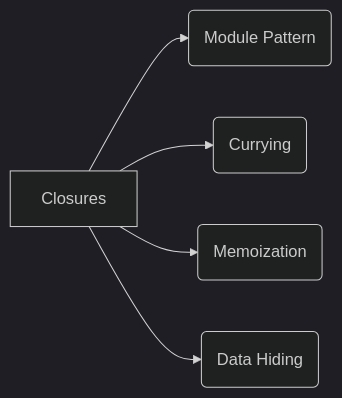
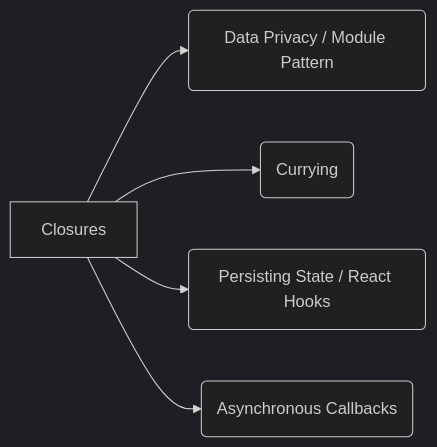
The diagram in src/notes/javascript/3-functions/02-closures/02-closures-in-action.md (rajmpawar-hash/ByteNotes), drawn with Mermaid (dark theme) before and after one commit. The commit also changed other lines of this file and 28 other files, not shown here.

````diff
--- a/src/notes/javascript/3-functions/02-closures/02-closures-in-action.md
+++ b/src/notes/javascript/3-functions/02-closures/02-closures-in-action.md
@@ -5,7 +9,7 @@
 ```mermaid
 flowchart LR
-    A[Closures] --> B(Module Pattern)
+    A[Closures] --> B(Data Privacy / Module Pattern)
     A --> C(Currying)
-    A --> D(Memoization)
-    A --> E(Data Hiding)
+    A --> D(Persisting State / React Hooks)
+    A --> E(Asynchronous Callbacks)
 ```
````
